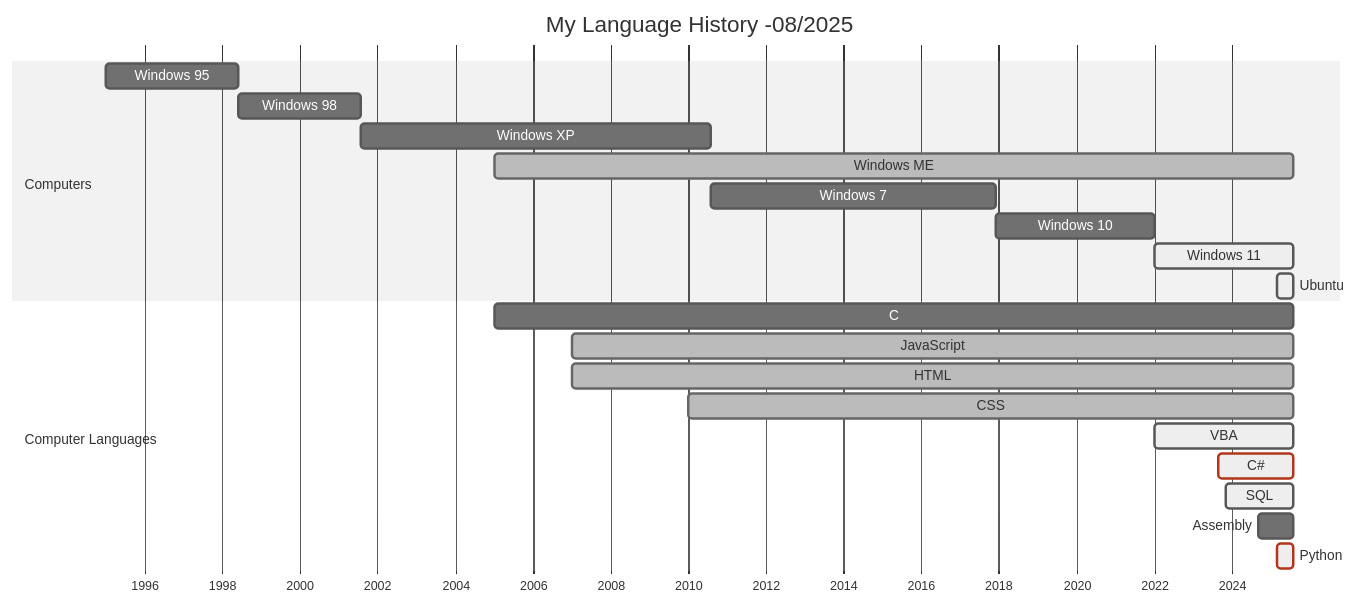
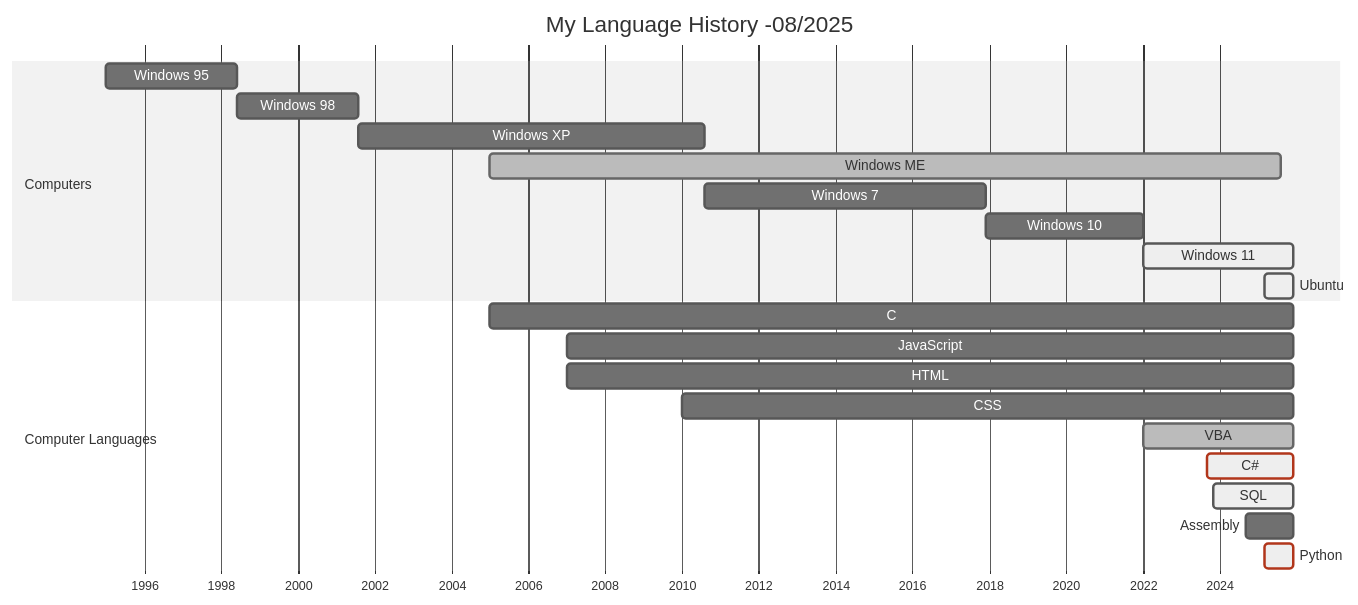
Before and after one commit to Ryuji-Hazama/Ryuji-Hazama: the diagram in README.md, drawn with Mermaid (neutral theme).

Commit message:
Update history
Update history

````diff
--- a/README.md
+++ b/README.md
@@ -30,29 +30,29 @@
 ```mermaid
 gantt
 title My Language History -08/2025
 dateFormat YYYY-MM
 axisFormat %Y
 tickInterval 1year
 
 section Computers
    Windows 95:w95,1995-01,1998-06
    Windows 98:w98,after w95,2001-08
    Windows XP:wXp,after w98,2010-08
    Windows ME:done,wMe,2005-01,2025-08
    Windows 7:w7,after wXp,2017-12
    Windows 10:w10,after w7,2022-01
-   Windows 11:active,w11,after w10,2025-08
-   Ubuntu:active,Ubu,2025-03,2025-08
+   Windows 11:active,w11,after w10,2025-12
+   Ubuntu:active,Ubu,2025-03,2025-12
 
 section Computer Languages
-   C     :2005-01,2025-08
-   JavaScript:done,2007-01,2025-08
-   HTML  :done,2007-01,2025-08
-   CSS   :done,2010-01,2025-08
-   VBA   :active,done,2022-01,2025-08
-   C#    :active,crit,2023-09,2025-08
-   SQL   :active,2023-11,2025-08
-   Assembly:2024-09,2025-08
-   Python:active,crit,2025-03,2025-08
+   C     :2005-01,2025-12
+   JavaScript:2007-01,2025-12
+   HTML  :2007-01,2025-12
+   CSS   :2010-01,2025-12
+   VBA   :done,2022-01,2025-12
+   C#    :active,crit,2023-09,2025-12
+   SQL   :active,2023-11,2025-12
+   Assembly:2024-09,2025-12
+   Python:active,crit,2025-03,2025-12
 
 ```
````
